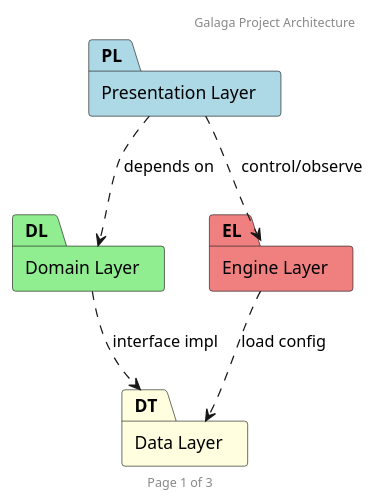
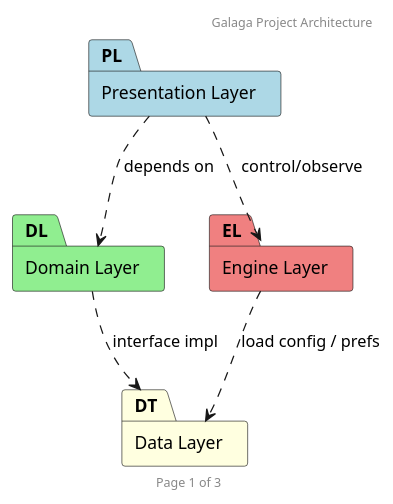
One commit to doremichen/adam_game changed the first of 3 diagrams in Galaga/class_design.puml. Above: the diagram before and after it, drawn with PlantUML. The commit also changed other lines of this file, not shown here.

Commit message:
[Galaga]: update class design diagram

```diff
--- a/Galaga/class_design.puml
+++ b/Galaga/class_design.puml
@@ -1,17 +1,17 @@
 @startuml "System Overview"
 header Galaga Project Architecture
 footer Page 1 of 3
 top to bottom direction
 
 skinparam packageStyle rectangle
 
 package "Presentation Layer" as PL #LightBlue
 package "Domain Layer" as DL #LightGreen
 package "Data Layer" as DT #LightYellow
 package "Engine Layer" as EL #LightCoral
 
 PL ..> DL : depends on
 DL ..> DT : interface impl
 PL ..> EL : control/observe
-EL ..> DT : load config
+EL ..> DT : load config / prefs
 @enduml
```
